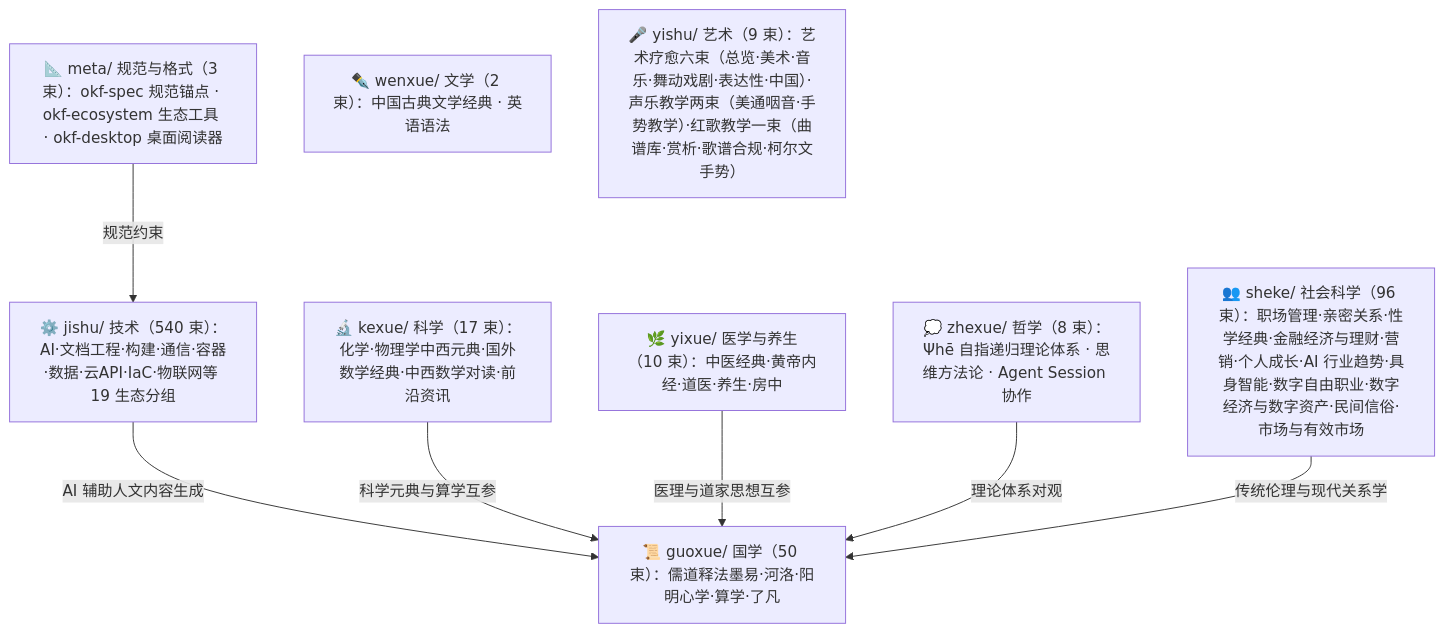
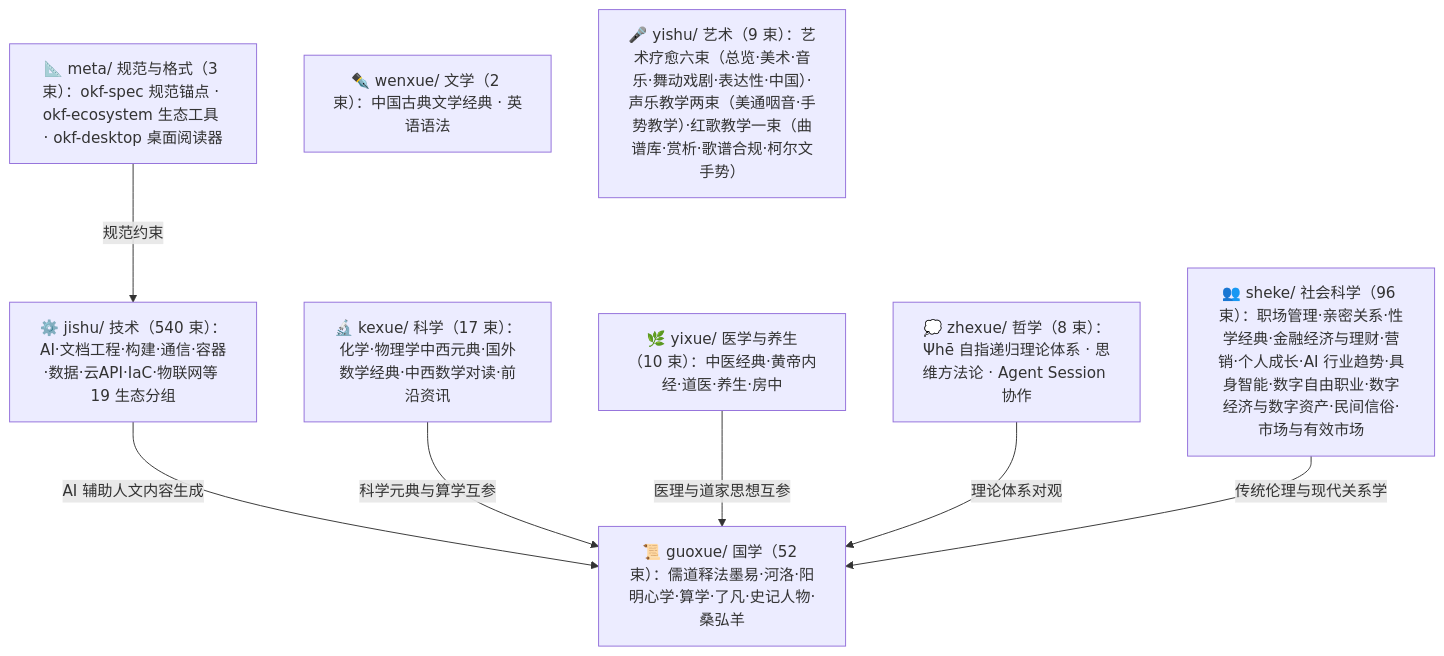
The diagram in doc/bundles/index.md (awesome-flexloop/awesome-okf), drawn with Mermaid before and after one commit. The commit also changed other lines of this file and 40 other files, not shown here.

````diff
--- a/doc/bundles/index.md
+++ b/doc/bundles/index.md
@@ -21,18 +21,18 @@
 ```mermaid
 flowchart TD
     meta["📐 meta/ 规范与格式（3 束）：okf-spec 规范锚点 · okf-ecosystem 生态工具 · okf-desktop 桌面阅读器"]
-    guoxue["📜 guoxue/ 国学（50 束）：儒道释法墨易·河洛·阳明心学·算学·了凡"]
+    guoxue["📜 guoxue/ 国学（52 束）：儒道释法墨易·河洛·阳明心学·算学·了凡·史记人物·桑弘羊"]
     zhexue["💭 zhexue/ 哲学（8 束）：Ψhē 自指递归理论体系 · 思维方法论 · Agent Session 协作"]
     kexue["🔬 kexue/ 科学（17 束）：化学·物理学中西元典·国外数学经典·中西数学对读·前沿资讯"]
     wenxue["✒️ wenxue/ 文学（2 束）：中国古典文学经典 · 英语语法"]
     yixue["🌿 yixue/ 医学与养生（10 束）：中医经典·黄帝内经·道医·养生·房中"]
     sheke["👥 sheke/ 社会科学（96 束）：职场管理·亲密关系·性学经典·金融经济与理财·营销·个人成长·AI 行业趋势·具身智能·数字自由职业·数字经济与数字资产·民间信俗·市场与有效市场"]
     yishu["🎤 yishu/ 艺术（9 束）：艺术疗愈六束（总览·美术·音乐·舞动戏剧·表达性·中国）·声乐教学两束（美通咽音·手势教学）·红歌教学一束（曲谱库·赏析·歌谱合规·柯尔文手势）"]
     jishu["⚙️ jishu/ 技术（540 束）：AI·文档工程·构建·通信·容器·数据·云API·IaC·物联网等 19 生态分组"]
     meta -->|"规范约束"| jishu
     jishu -->|"AI 辅助人文内容生成"| guoxue
     kexue -->|"科学元典与算学互参"| guoxue
     yixue -->|"医理与道家思想互参"| guoxue
     zhexue -->|"理论体系对观"| guoxue
     sheke -->|"传统伦理与现代关系学"| guoxue
 ```
````
